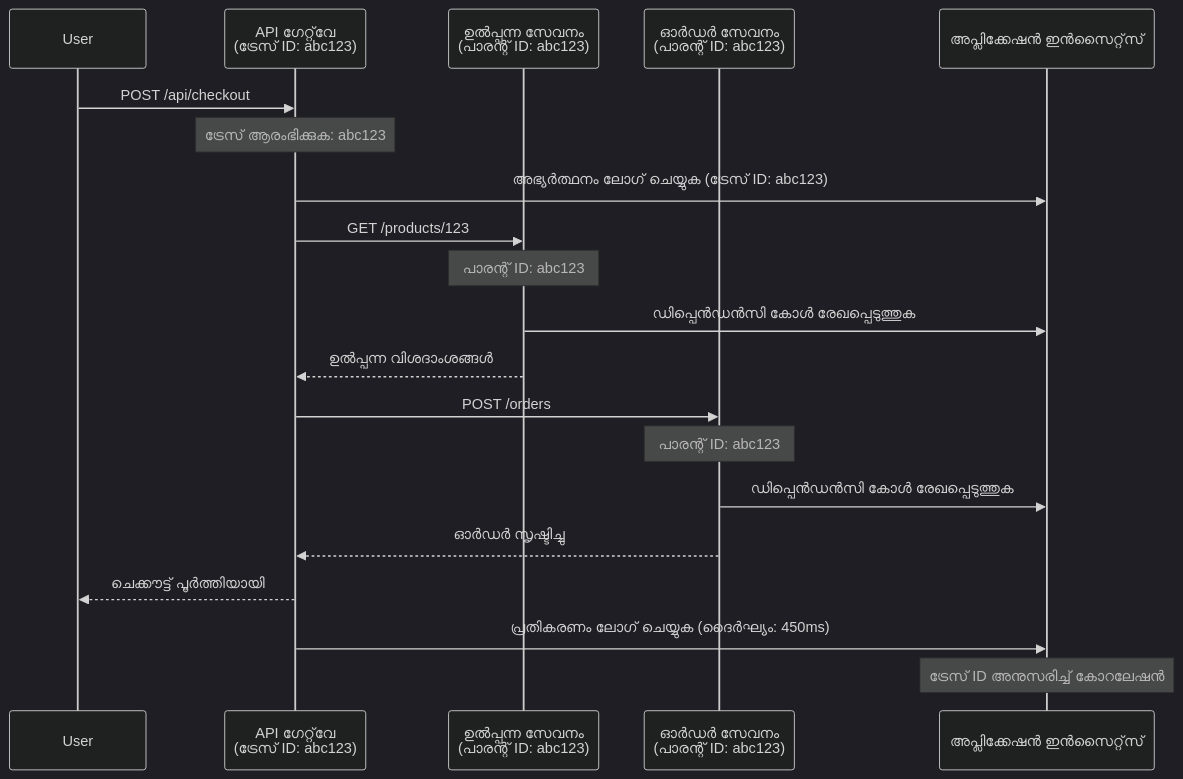
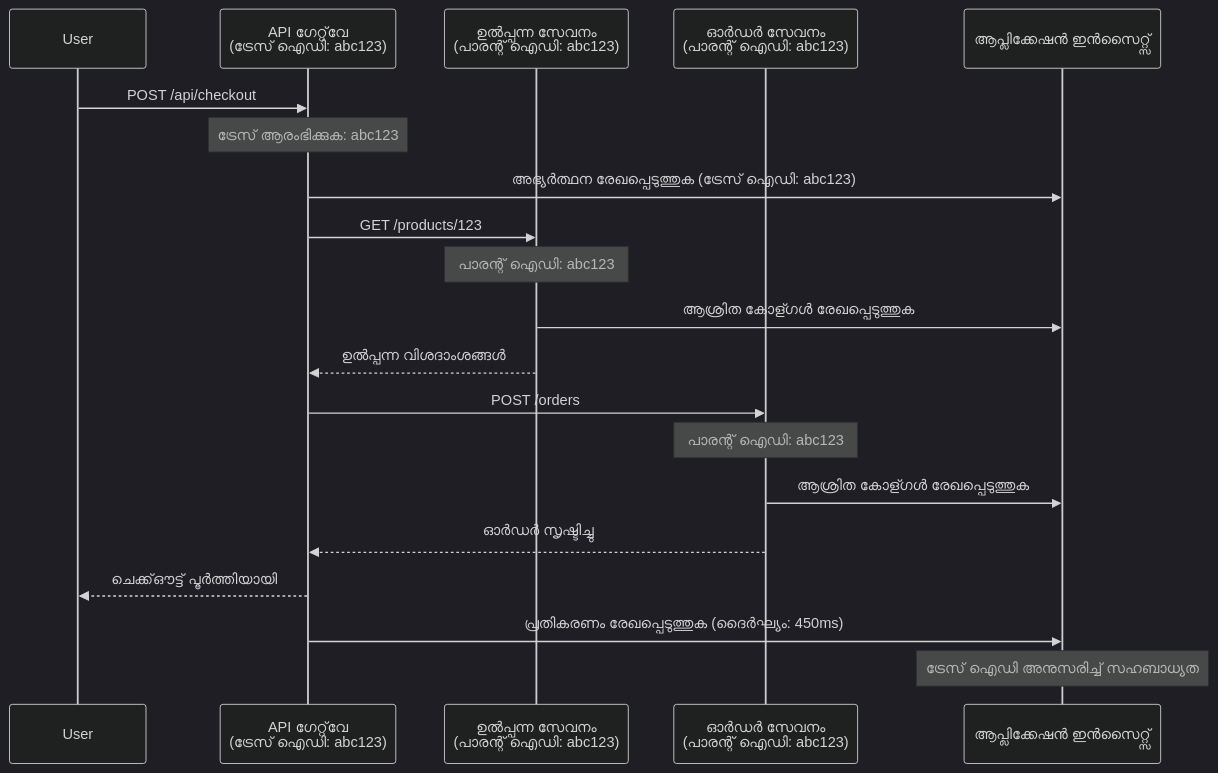
One commit to microsoft/AZD-for-beginners changed the second of 2 diagrams in translations/ml/docs/chapter-06-pre-deployment/application-insights.md. Above: the diagram before and after it, drawn with Mermaid (dark theme). The commit also changed other lines of this file and 102 other files, not shown here.

````diff
--- a/translations/ml/docs/chapter-06-pre-deployment/application-insights.md
+++ b/translations/ml/docs/chapter-06-pre-deployment/application-insights.md
@@ -744,27 +744,27 @@
 ```mermaid
 sequenceDiagram
     participant User
-    participant Gateway as API ഗേറ്റ്‌വേ<br/>(ട്രേസ് ID: abc123)
-    participant Product as ഉൽപ്പന്ന സേവനം<br/>(പാരന്റ് ID: abc123)
-    participant Order as ഓർഡർ സേവനം<br/>(പാരന്റ് ID: abc123)
-    participant AppInsights as അപ്ലിക്കേഷൻ ഇൻസൈറ്റ്‌സ്
+    participant Gateway as API ഗേറ്റ്‌വേ<br/>(ട്രേസ് ഐഡി: abc123)
+    participant Product as ഉൽപ്പന്ന സേവനം<br/>(പാരന്റ് ഐഡി: abc123)
+    participant Order as ഓർഡർ സേവനം<br/>(പാരന്റ് ഐഡി: abc123)
+    participant AppInsights as ആപ്ലിക്കേഷൻ ഇൻസൈറ്റ്സ്
     
     User->>Gateway: POST /api/checkout
     Note over Gateway: ട്രേസ് ആരംഭിക്കുക: abc123
-    Gateway->>AppInsights: അഭ്യർത്ഥനം ലോഗ് ചെയ്യുക (ട്രേസ് ID: abc123)
+    Gateway->>AppInsights: അഭ്യർത്ഥന രേഖപ്പെടുത്തുക (ട്രേസ് ഐഡി: abc123)
     
     Gateway->>Product: GET /products/123
-    Note over Product: പാരന്റ് ID: abc123
-    Product->>AppInsights: ഡിപ്പെൻഡൻസി കോൾ രേഖപ്പെടുത്തുക
+    Note over Product: പാരന്റ് ഐഡി: abc123
+    Product->>AppInsights: ആശ്രിത കോള്ഗൾ രേഖപ്പെടുത്തുക
     Product-->>Gateway: ഉൽപ്പന്ന വിശദാംശങ്ങൾ
     
     Gateway->>Order: POST /orders
-    Note over Order: പാരന്റ് ID: abc123
-    Order->>AppInsights: ഡിപ്പെൻഡൻസി കോൾ രേഖപ്പെടുത്തുക
+    Note over Order: പാരന്റ് ഐഡി: abc123
+    Order->>AppInsights: ആശ്രിത കോള്ഗൾ രേഖപ്പെടുത്തുക
     Order-->>Gateway: ഓർഡർ സൃഷ്ടിച്ചു
     
-    Gateway-->>User: ചെക്കൗട്ട് പൂർത്തിയായി
-    Gateway->>AppInsights: പ്രതികരണം ലോഗ് ചെയ്യുക (ദൈർഘ്യം: 450ms)
+    Gateway-->>User: ചെക്ക്ഔട്ട് പൂർത്തിയായി
+    Gateway->>AppInsights: പ്രതികരണം രേഖപ്പെടുത്തുക (ദൈർഘ്യം: 450ms)
     
-    Note over AppInsights: ട്രേസ് ID അനുസരിച്ച് കോറലേഷൻ
+    Note over AppInsights: ട്രേസ് ഐഡി അനുസരിച്ച് സഹബാധ്യത
 ```
````
